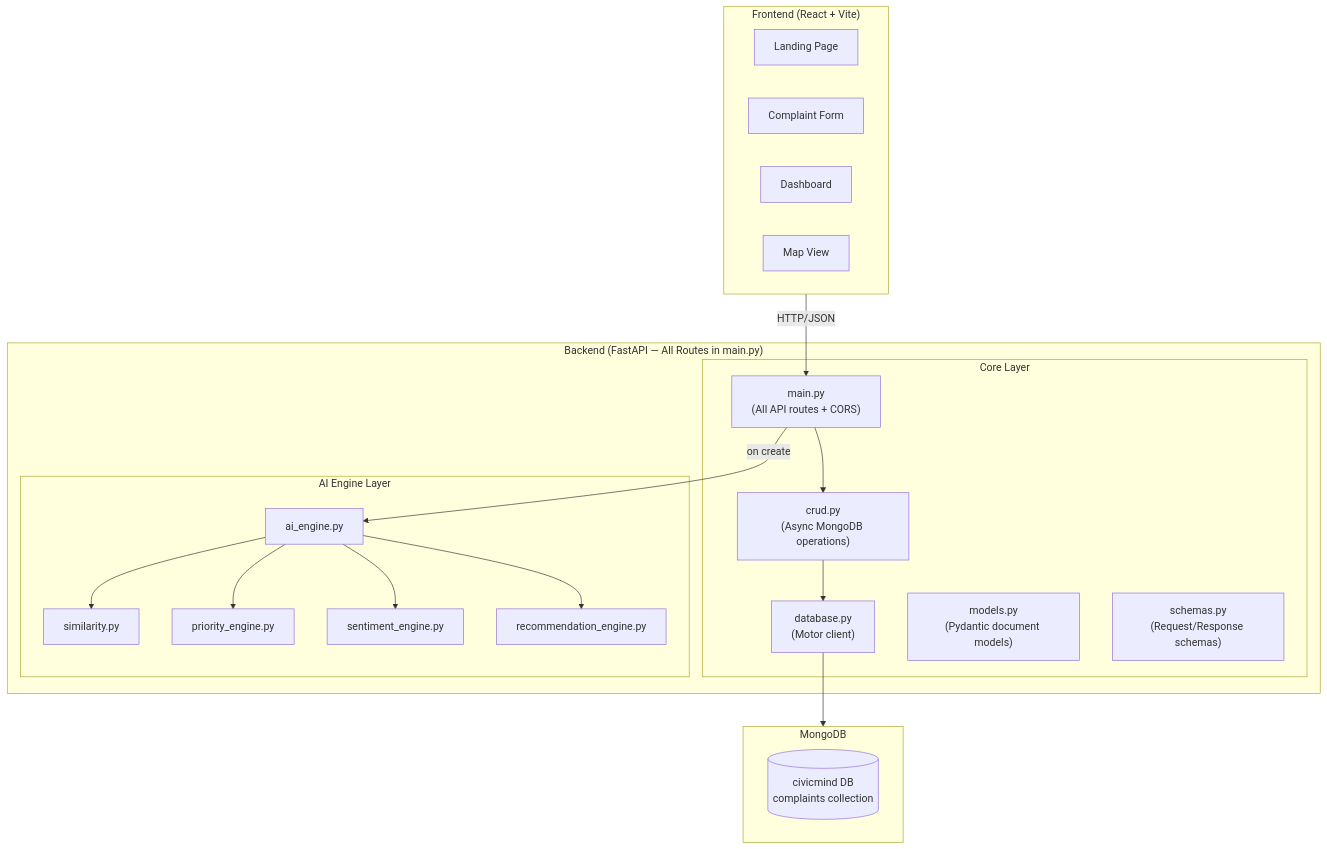
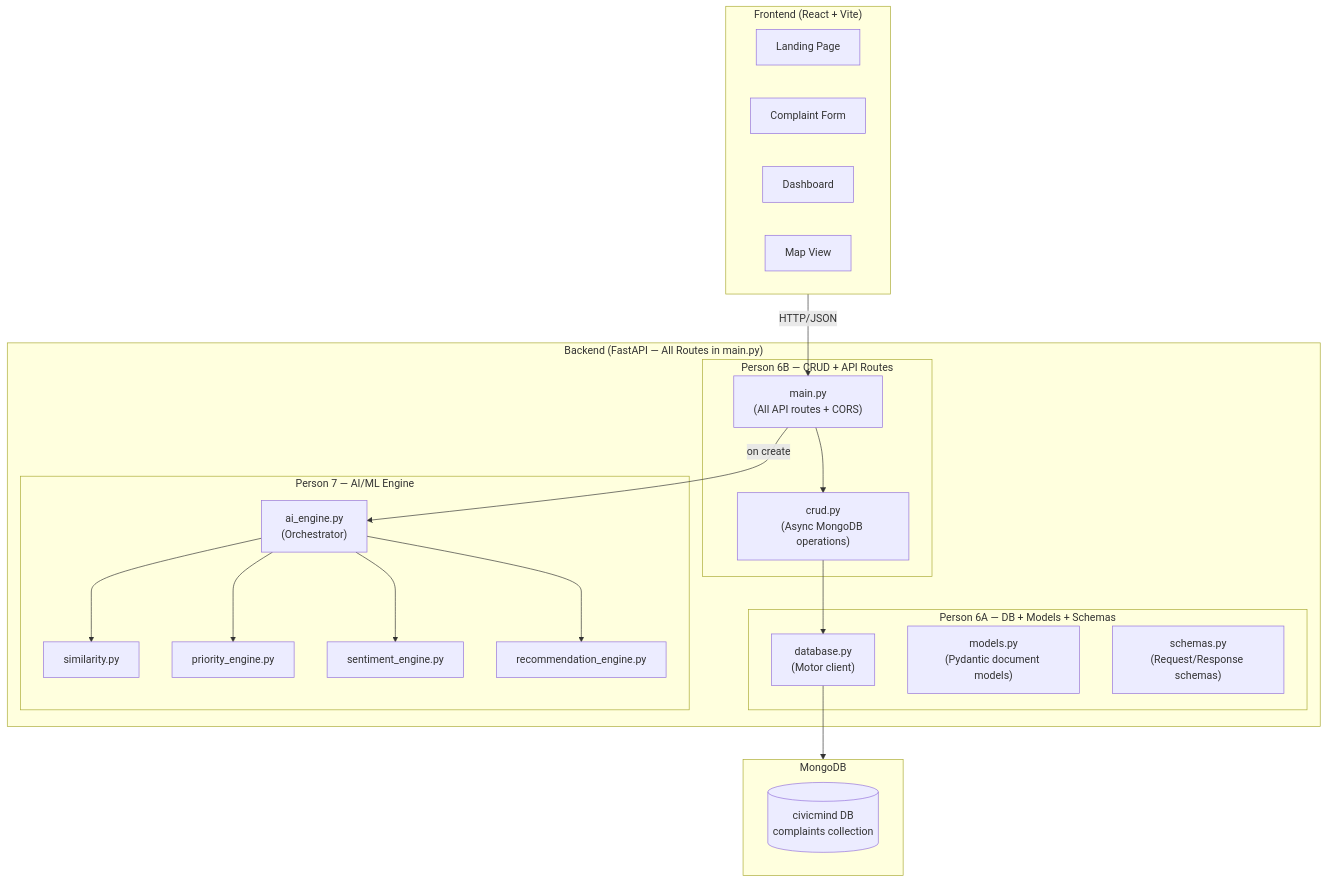
One commit to SatvikDB/CivicMind changed the first of 16 diagrams in BACKEND_GUIDE_v2.md. Above: the diagram before and after it, drawn with Mermaid. The commit also changed other lines of this file, not shown here.

````diff
--- a/BACKEND_GUIDE_v2.md
+++ b/BACKEND_GUIDE_v2.md
@@ -32,40 +32,42 @@
 ```mermaid
 graph TB
     subgraph Frontend["Frontend (React + Vite)"]
         Landing["Landing Page"]
         Submit["Complaint Form"]
         Dashboard["Dashboard"]
         Map["Map View"]
     end
 
     subgraph Backend["Backend (FastAPI — All Routes in main.py)"]
-        subgraph Core["Core Layer"]
-            MAIN["main.py<br/>(All API routes + CORS)"]
+        subgraph Person6A["Person 6A — DB + Models + Schemas"]
             DBMOD["database.py<br/>(Motor client)"]
             MDL["models.py<br/>(Pydantic document models)"]
             SCH["schemas.py<br/>(Request/Response schemas)"]
+        end
+        subgraph Person6B["Person 6B — CRUD + API Routes"]
+            MAIN["main.py<br/>(All API routes + CORS)"]
             CRUD["crud.py<br/>(Async MongoDB operations)"]
         end
-        subgraph AI["AI Engine Layer"]
-            AE["ai_engine.py"]
+        subgraph Person7["Person 7 — AI/ML Engine"]
+            AE["ai_engine.py<br/>(Orchestrator)"]
             SIM["similarity.py"]
             PRI["priority_engine.py"]
             SENT["sentiment_engine.py"]
             REC["recommendation_engine.py"]
         end
     end
 
     subgraph MongoDB["MongoDB"]
         CDB[(civicmind DB<br/>complaints collection)]
     end
 
     Frontend -->|"HTTP/JSON"| MAIN
     MAIN --> CRUD
     CRUD --> DBMOD
     DBMOD --> MongoDB
     MAIN -->|"on create"| AE
     AE --> SIM
     AE --> PRI
     AE --> SENT
     AE --> REC
 ```
````
